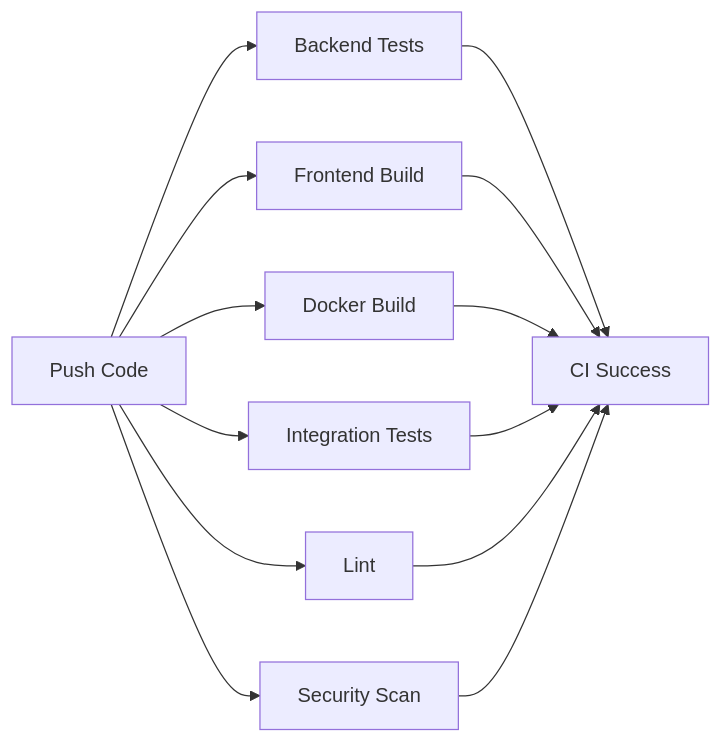
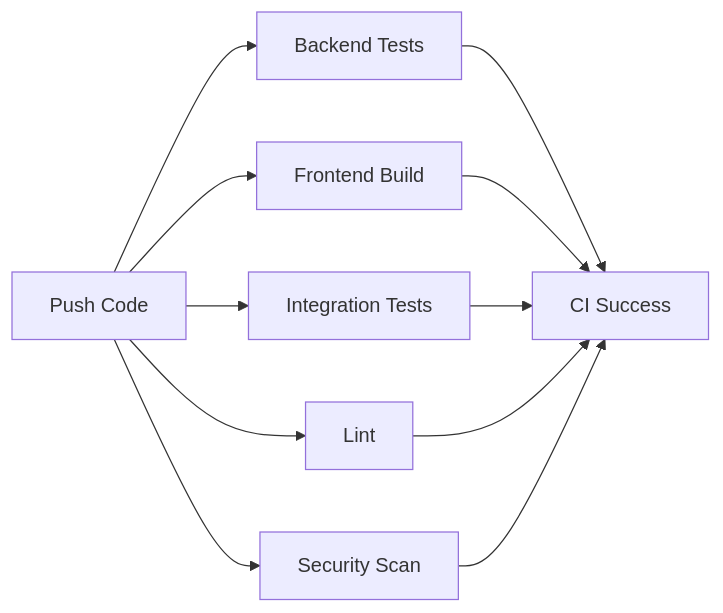
One commit to cyborgoat/mira changed the diagram in TESTING.md. Above: the diagram before and after it, drawn with Mermaid. The commit also changed other lines of this file and 18 other files, not shown here.

````diff
--- a/TESTING.md
+++ b/TESTING.md
@@ -353,15 +315,13 @@
 ```mermaid
 graph LR
     A[Push Code] --> B[Backend Tests]
     A --> C[Frontend Build]
-    A --> D[Docker Build]
-    A --> E[Integration Tests]
-    A --> F[Lint]
-    A --> G[Security Scan]
+    A --> D[Integration Tests]
+    A --> E[Lint]
+    A --> F[Security Scan]
     B --> H[CI Success]
     C --> H
     D --> H
     E --> H
     F --> H
-    G --> H
 ```
````
